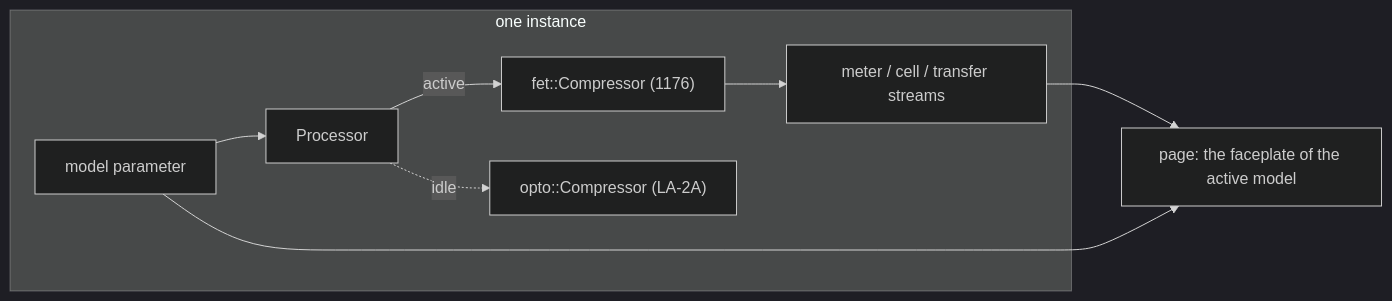
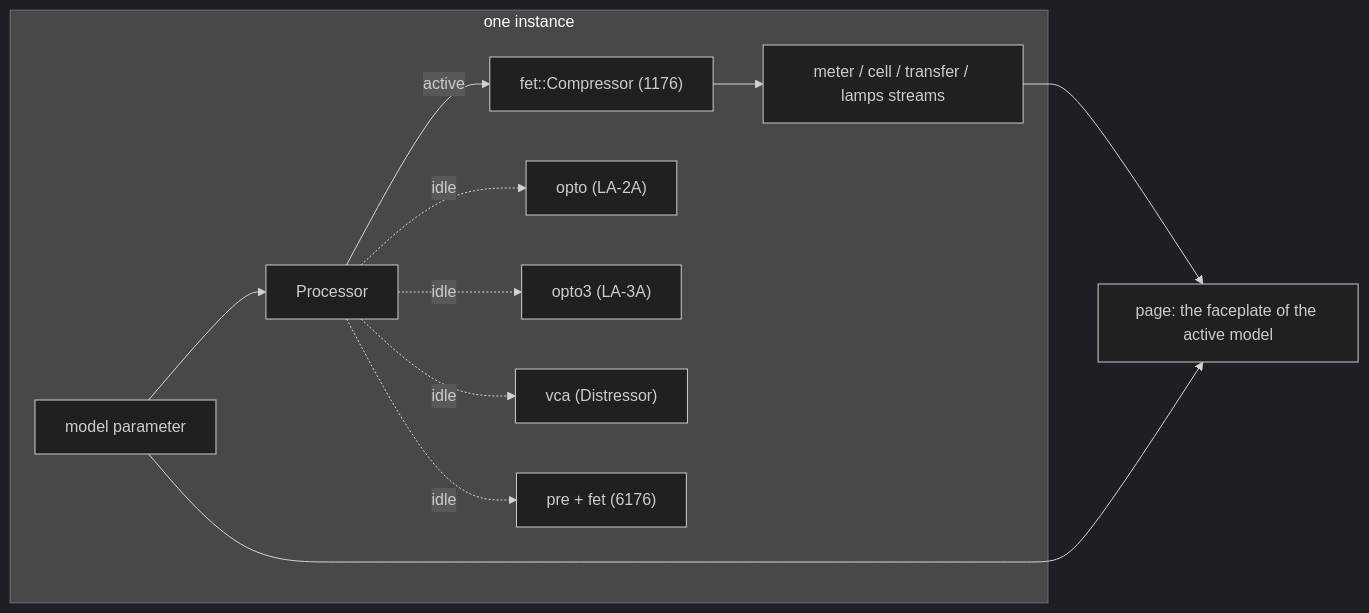
Before and after one commit to Noob-Audio-Engineering/noob-compressorlab: the diagram in README.md, drawn with Mermaid (dark theme). The commit also changed other lines of this file and 65 other files, not shown here.

````diff
--- a/README.md
+++ b/README.md
@@ -34,11 +44,14 @@
 ```mermaid
 flowchart LR
     subgraph instance["one instance"]
         model["model parameter"] --> proc["Processor"]
         proc -->|"active"| fet["fet::Compressor (1176)"]
-        proc -.->|"idle"| opto["opto::Compressor (LA-2A)"]
-        fet --> meter["meter / cell / transfer streams"]
+        proc -.->|"idle"| opto["opto (LA-2A)"]
+        proc -.->|"idle"| opto3["opto3 (LA-3A)"]
+        proc -.->|"idle"| vca["vca (Distressor)"]
+        proc -.->|"idle"| pre["pre + fet (6176)"]
+        fet --> meter["meter / cell / transfer / lamps streams"]
     end
     meter --> page["page: the faceplate of the active model"]
     model --> page
 ```
````
